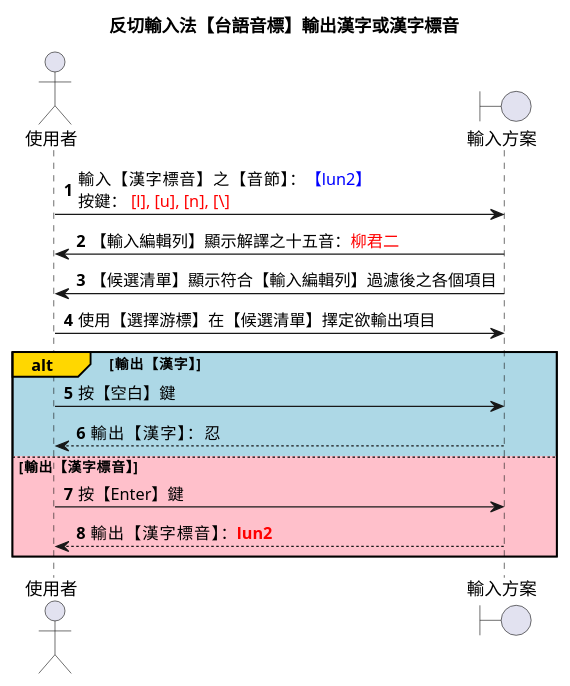
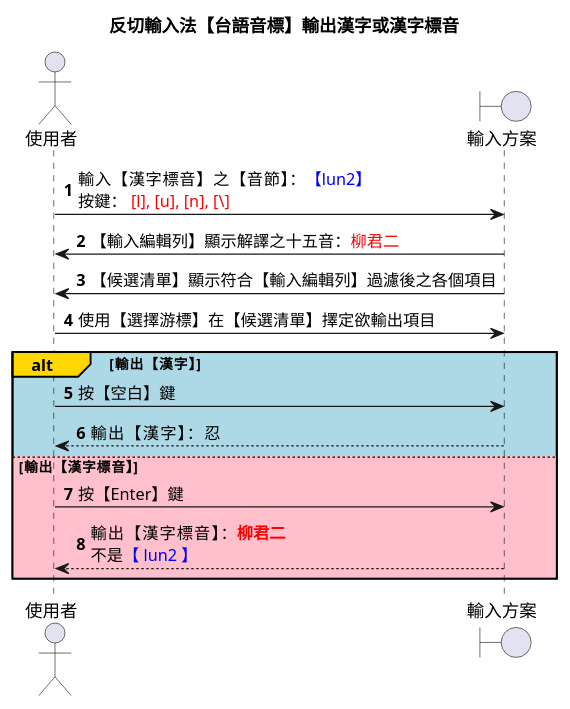
The tenth of 17 diagrams in docs/310_反切輸入法【台語音標】設計規格.md (AlanJui/rime-tlpa), drawn with PlantUML before and after one commit. The commit also changed other lines of this file, not shown here.

````diff
--- a/docs/310_反切輸入法【台語音標】設計規格.md
+++ b/docs/310_反切輸入法【台語音標】設計規格.md
@@ -373,22 +373,22 @@
 ```plantuml
 @startuml
 title 反切輸入法【台語音標】輸出漢字或漢字標音
 actor 使用者 as user
 boundary 輸入方案 as ime
 autonumber
 
 user -> ime : 輸入【漢字標音】之【音節】：<font color=blue>【lun2】\n按鍵：<font color=red> [l], [u], [n], [\\]
 ime -> user : 【輸入編輯列】顯示解譯之十五音：<font color=red>柳君二
 ime -> user : 【候選清單】顯示符合【輸入編輯列】過濾後之各個項目
 user -> ime : 使用【選擇游標】在【候選清單】擇定欲輸出項目
 
 alt#Gold #LightBlue 輸出【漢字】
     user -> ime : 按【空白】鍵
     ime --> user : 輸出【漢字】：忍
 else #Pink 輸出【漢字標音】
     user -> ime : 按【Enter】鍵
-    ime --> user : 輸出【漢字標音】：<font color=red><b>lun2
+    ime --> user : 輸出【漢字標音】：<font color=red><b>柳君二\n不是<font color=blue>【 lun2 】
 end
 
 @enduml
 ```
````
